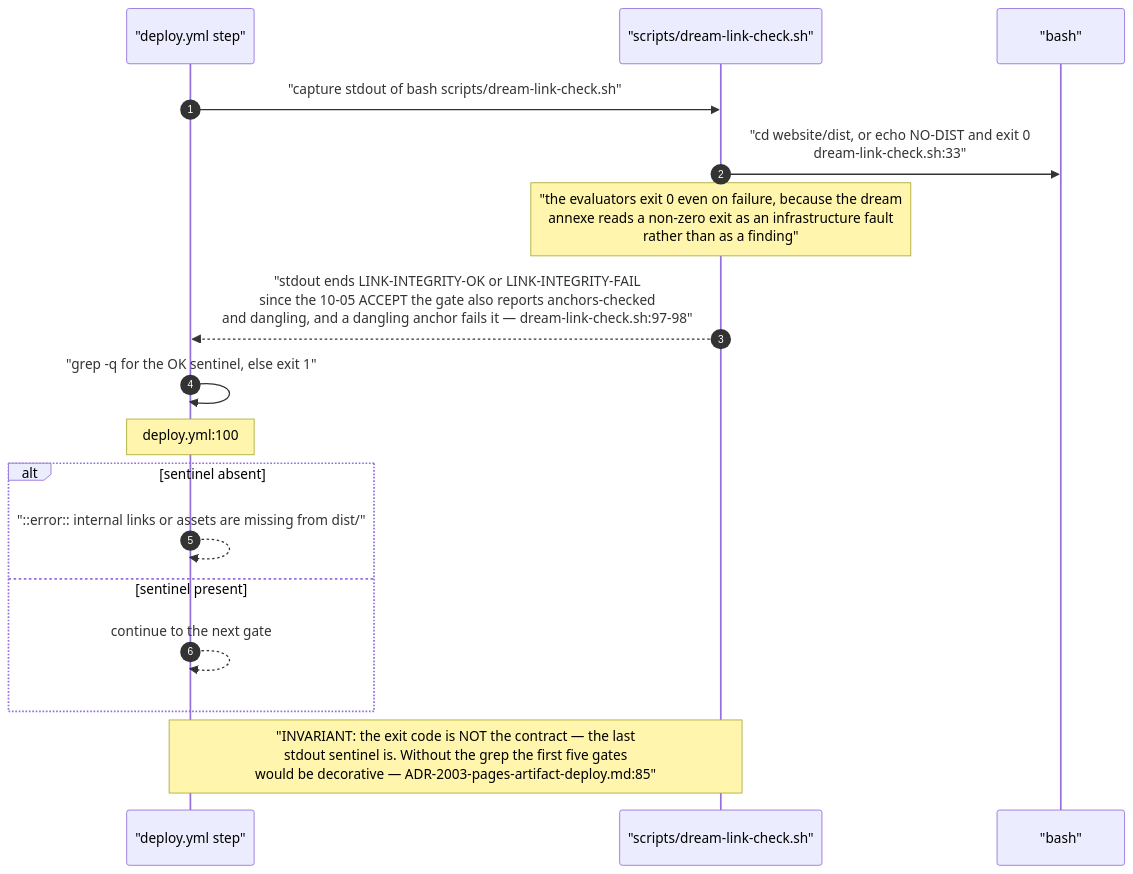
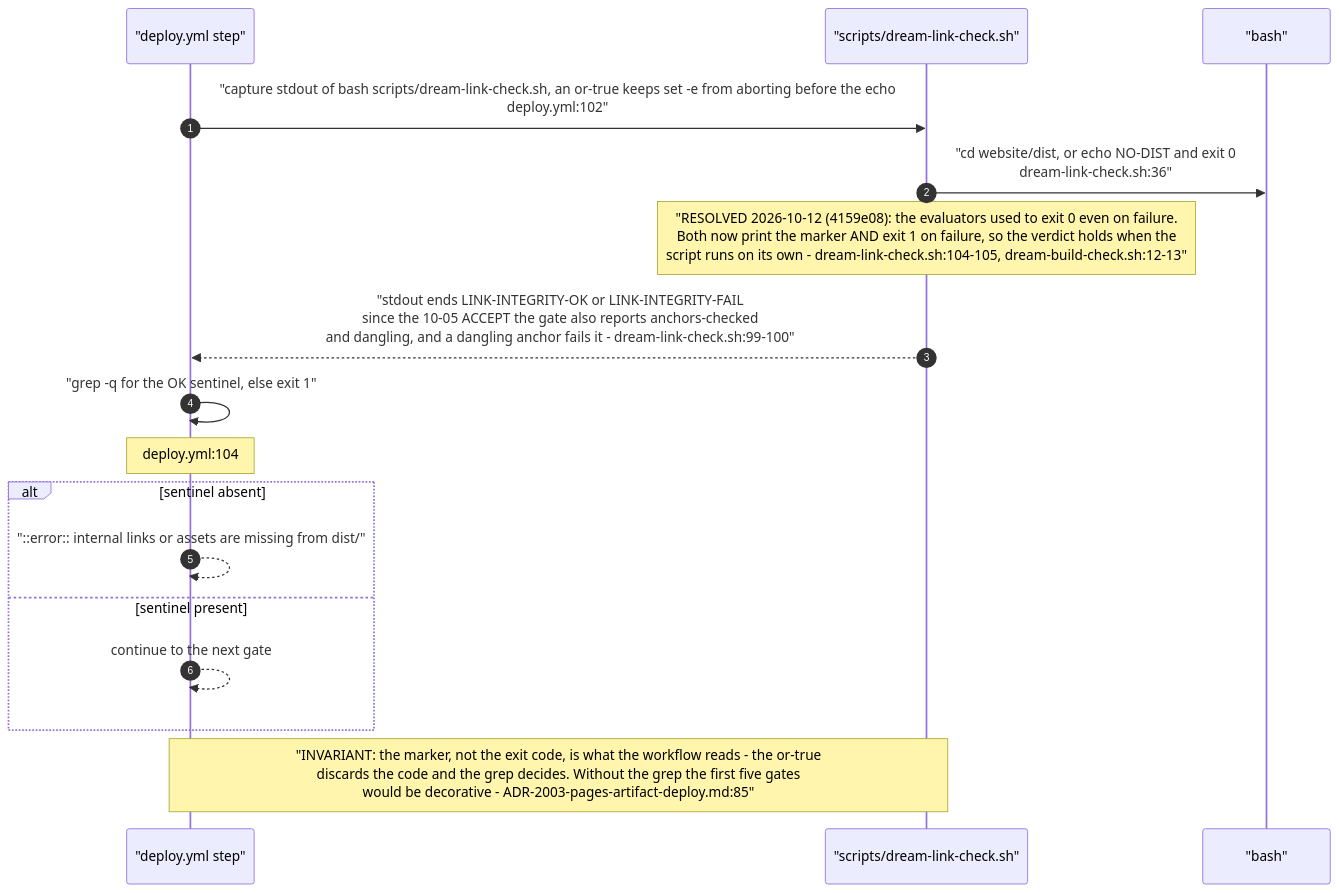
Before and after one commit to DreamLab-AI/VisionFlow: the seventh of 12 diagrams in docs/diagrams/visionflow/02-website-build-and-deploy.md, drawn with Mermaid. The commit also changed other lines of this file and 20 other files, not shown here.

Commit message:
docs(diagrams): reflect the S-3, S-7c/d/f and S-4(3) fixes in the corpus

````diff
--- a/docs/diagrams/visionflow/02-website-build-and-deploy.md
+++ b/docs/diagrams/visionflow/02-website-build-and-deploy.md
@@ -223,20 +225,20 @@
 ```mermaid
 sequenceDiagram
     autonumber
     participant W as "deploy.yml step"
     participant S as "scripts/dream-link-check.sh"
     participant SH as "bash"
 
-    W->>S: "capture stdout of bash scripts/dream-link-check.sh"
-    S->>SH: "cd website/dist, or echo NO-DIST and exit 0<br/>dream-link-check.sh:33"
-    Note over S: "the evaluators exit 0 even on failure, because the dream<br/>annexe reads a non-zero exit as an infrastructure fault<br/>rather than as a finding"
-    S-->>W: "stdout ends LINK-INTEGRITY-OK or LINK-INTEGRITY-FAIL<br/>since the 10-05 ACCEPT the gate also reports anchors-checked<br/>and dangling, and a dangling anchor fails it — dream-link-check.sh:97-98"
+    W->>S: "capture stdout of bash scripts/dream-link-check.sh, an or-true keeps set -e from aborting before the echo<br/>deploy.yml:102"
+    S->>SH: "cd website/dist, or echo NO-DIST and exit 0<br/>dream-link-check.sh:36"
+    Note over S: "RESOLVED 2026-10-12 (4159e08): the evaluators used to exit 0 even on failure.<br/>Both now print the marker AND exit 1 on failure, so the verdict holds when the<br/>script runs on its own - dream-link-check.sh:104-105, dream-build-check.sh:12-13"
+    S-->>W: "stdout ends LINK-INTEGRITY-OK or LINK-INTEGRITY-FAIL<br/>since the 10-05 ACCEPT the gate also reports anchors-checked<br/>and dangling, and a dangling anchor fails it - dream-link-check.sh:99-100"
     W->>W: "grep -q for the OK sentinel, else exit 1"
-    Note over W: deploy.yml:100
+    Note over W: deploy.yml:104
     alt sentinel absent
         W-->>W: "::error:: internal links or assets are missing from dist/"
     else sentinel present
         W-->>W: continue to the next gate
     end
-    Note over W,S: "INVARIANT: the exit code is NOT the contract — the last<br/>stdout sentinel is. Without the grep the first five gates<br/>would be decorative — ADR-2003-pages-artifact-deploy.md:85"
+    Note over W,S: "INVARIANT: the marker, not the exit code, is what the workflow reads - the or-true<br/>discards the code and the grep decides. Without the grep the first five gates<br/>would be decorative - ADR-2003-pages-artifact-deploy.md:85"
 ```
````
